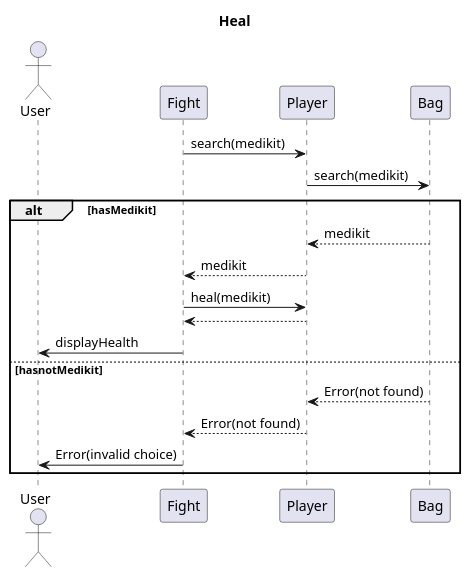
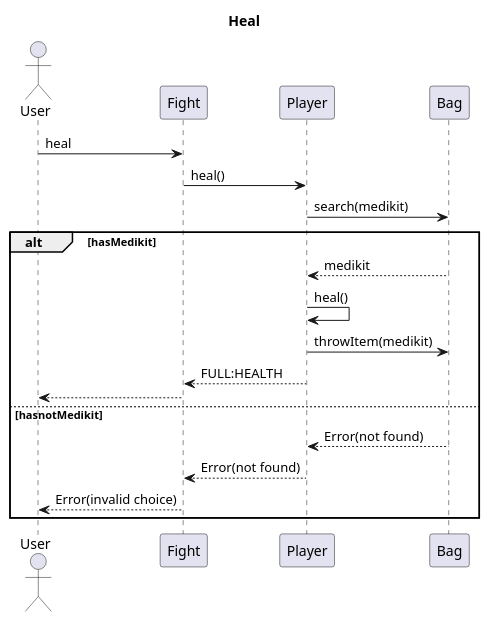
The diagram in src/main/java/com/extraction/uml/uml diagrams/Internal Sequence Diagrams/Heal.puml (EDIDS/EDIDS_Proj), drawn with PlantUML before and after one commit. The commit also changed 5 other files, not shown here.

Commit message:
Updated internal sequence diagrams.

```diff
--- a/src/main/java/com/extraction/uml/uml diagrams/Internal Sequence Diagrams/Heal.puml
+++ b/src/main/java/com/extraction/uml/uml diagrams/Internal Sequence Diagrams/Heal.puml
@@ -1,24 +1,25 @@
 @startuml
 
 title Heal
 
 actor User
 participant Fight
 participant Player
 participant Bag
 
-Fight -> Player : search(medikit)
+User -> Fight : heal
+Fight -> Player : heal()
 Player -> Bag : search(medikit)
 alt hasMedikit
-  return medikit
-  Player --> Fight : medikit
-  Fight -> Player : heal(medikit)
-  return
-  Fight -> User : displayHealth
+    return medikit
+    Player -> Player : heal()
+    Player -> Bag : throwItem(medikit)
+    Player --> Fight : FULL:HEALTH
+    Fight --> User
 else hasnotMedikit
-  Bag --> Player : Error(not found)
-  Player --> Fight : Error(not found)
-  Fight -> User : Error(invalid choice) 
+    Bag --> Player : Error(not found)
+    Player --> Fight : Error(not found)
+    Fight --> User : Error(invalid choice)
 end 
 
 @enduml
```
